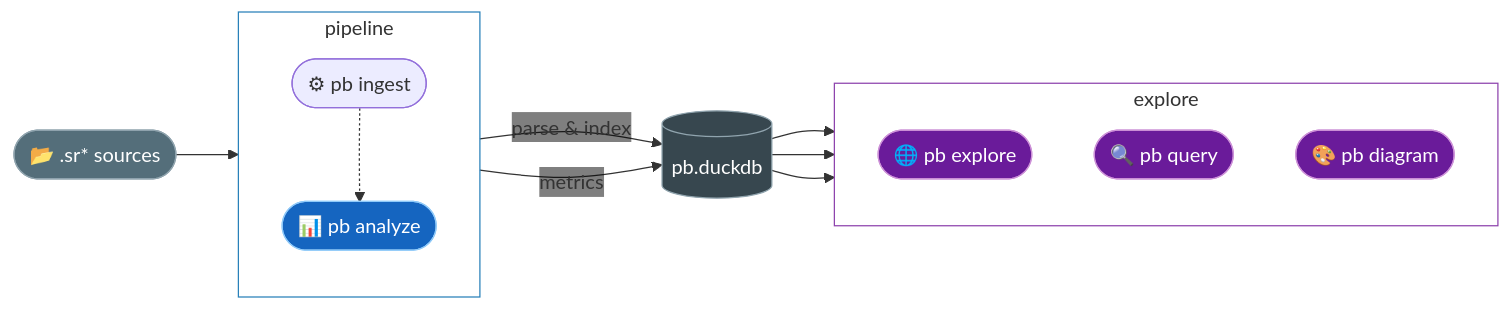
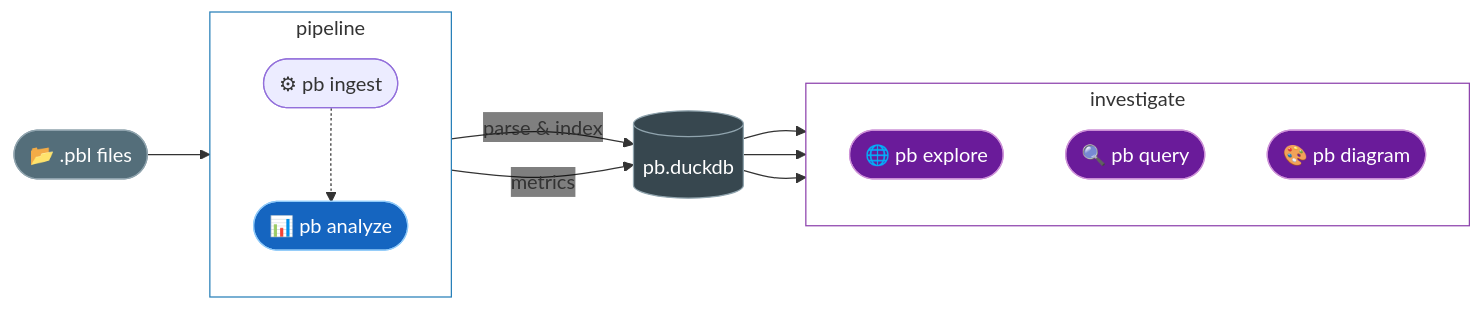
Before and after one commit to thomasmarsh/pb: the diagram in README.md, drawn with Mermaid. The commit also changed other lines of this file and 2 other files, not shown here.

````diff
--- a/README.md
+++ b/README.md
@@ -9,41 +9,41 @@
 ```mermaid
 %%{init: {'themeVariables': {'edgeLabelBackground': 'transparent'}}}%%
 flowchart LR
-    src(["📂 .sr* sources"])
+    src(["📂 .pbl files"])
 
     subgraph pipeline["  pipeline  "]
         direction TB
         ingest(["⚙ pb ingest"])
         analyze(["📊 pb analyze"])
         ingest -.-> analyze
     end
 
     db[("pb.duckdb")]
 
-    subgraph explore["  explore  "]
+    subgraph explore["  investigate  "]
         direction TB
         web(["🌐 pb explore"])
         query(["🔍 pb query "])
         diagram(["🎨 pb diagram"])
     end
 
     src     --> ingest
     ingest  -- parse & index --> db
     analyze -- metrics       --> db
     db      --> web
     db      --> query
     db      --> diagram
 
     style pipeline fill:transparent,stroke:#2980b9
     style explore  fill:transparent,stroke:#8e44ad
 
     classDef src fill:#546e7a,stroke:#90a4ae,color:#fff
     classDef cmd fill:#1565c0,stroke:#90caf9,color:#fff
     classDef db  fill:#37474f,stroke:#90a4ae,color:#fff
     classDef out fill:#6a1b9a,stroke:#ce93d8,color:#fff
 
     class src src
     class run,analyze cmd
     class db db
     class web,query,diagram out
 ```
````
